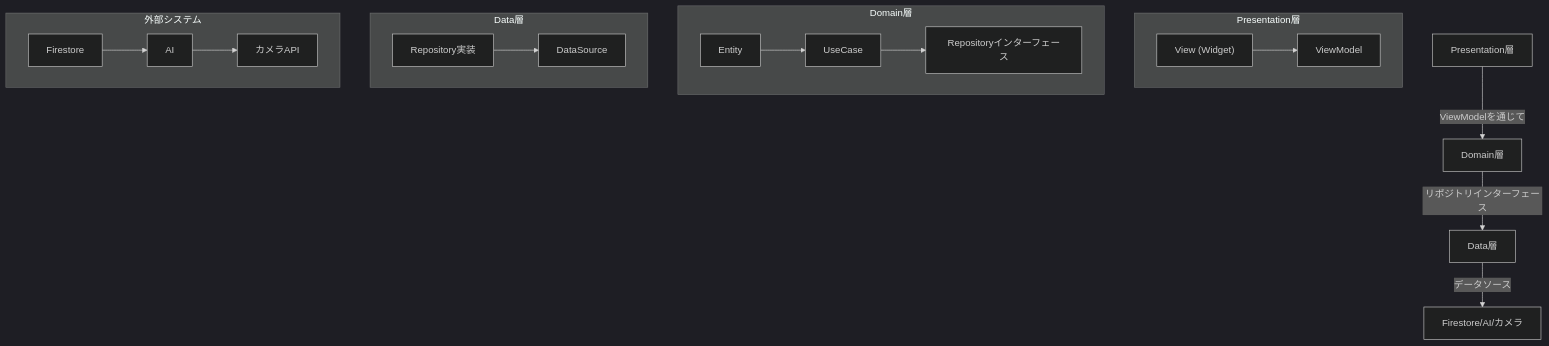
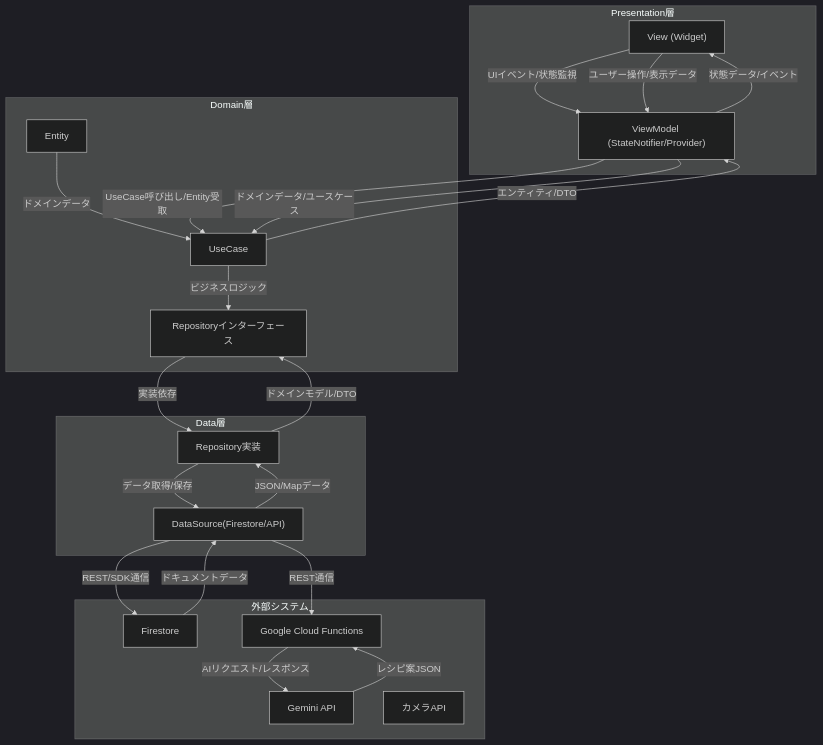
Before and after one commit to Namy3242/komarigoto_app: the diagram in README.md, drawn with Mermaid (dark theme). The commit also changed other lines of this file, not shown here.

Commit message:
改善: README.mdにアーキテクチャの詳細を追加し、構成図を更新。各モジュールの依存関係とデータのやり取りについての説明を追加。

````diff
--- a/README.md
+++ b/README.md
@@ -31,34 +33,50 @@
 ```mermaid
 graph TD
-    A[Presentation層] -->|ViewModelを通じて| B[Domain層]
-    B -->|リポジトリインターフェース| C[Data層]
-    C -->|データソース| D[Firestore/AI/カメラ]
+  %% "Presentation層"
+  subgraph "Presentation層"
+    A1["View (Widget)"]
+    A2["ViewModel (StateNotifier/Provider)"]
+    A1 -- "UIイベント/状態監視" --> A2
+  end
 
-    subgraph Presentation層
-        A1["View (Widget)"]
-        A2["ViewModel"]
-        A1 --> A2
-    end
+  %% "Domain層"
+  subgraph "Domain層"
+    B1["Entity"]
+    B2["UseCase"]
+    B3["Repositoryインターフェース"]
+    B1 -- "ドメインデータ" --> B2
+    B2 -- "ビジネスロジック" --> B3
+  end
 
-    subgraph Domain層
-        B1["Entity"]
-        B2["UseCase"]
-        B3["Repositoryインターフェース"]
-        B1 --> B2
-        B2 --> B3
-    end
+  %% "Data層"
+  subgraph "Data層"
+    C1["Repository実装"]
+    C2["DataSource(Firestore/API)"]
+    C1 -- "データ取得/保存" --> C2
+  end
 
-    subgraph Data層
-        C1["Repository実装"]
-        C2["DataSource"]
-        C1 --> C2
-    end
+  %% "外部システム"
+  subgraph "外部システム"
+    D1["Firestore"]
+    D2["Google Cloud Functions"]
+    D3["Gemini API"]
+    D4["カメラAPI"]
+  end
 
-    subgraph 外部システム
-        D1["Firestore"]
-        D2["AI"]
-        D3["カメラAPI"]
-        D1 --> D2
-        D2 --> D3
-    end
+  %% "依存関係"
+  A2 -- "UseCase呼び出し/Entity受取" --> B2
+  B3 -- "実装依存" --> C1
+  C2 -- "REST/SDK通信" --> D1
+  C2 -- "REST通信" --> D2
+  D2 -- "AIリクエスト/レスポンス" --> D3
+
+  %% "データの流れ"
+  A1 -- "ユーザー操作/表示データ" --> A2
+  A2 -- "状態データ/イベント" --> A1
+  A2 -- "ドメインデータ/ユースケース" --> B2
+  B2 -- "エンティティ/DTO" --> A2
+  C1 -- "ドメインモデル/DTO" --> B3
+  C2 -- "JSON/Mapデータ" --> C1
+  D1 -- "ドキュメントデータ" --> C2
+  D3 -- "レシピ案JSON" --> D2
 ```
````
